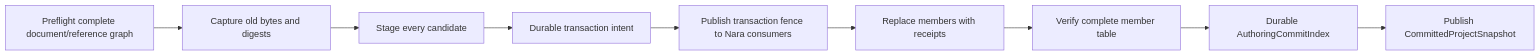
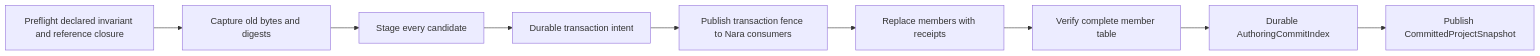
One commit to Latias94/nara changed the second of 2 diagrams in docs/architecture/adr/0091-editor-persistence-recovery-and-concurrent-writer-policy.md. Above: the diagram before and after it, drawn with Mermaid. The commit also changed other lines of this file and 39 other files, not shown here.

First line of the commit message:
docs(architecture): rebaseline foundation and extension design

````diff
--- a/docs/architecture/adr/0091-editor-persistence-recovery-and-concurrent-writer-policy.md
+++ b/docs/architecture/adr/0091-editor-persistence-recovery-and-concurrent-writer-policy.md
@@ -190,13 +236,13 @@
 ```mermaid
 flowchart LR
-    Preflight[Preflight complete document/reference graph]
+    Preflight[Preflight declared invariant and reference closure]
     Old[Capture old bytes and digests]
     Stage[Stage every candidate]
     Intent[Durable transaction intent]
     Fence[Publish transaction fence to Nara consumers]
     Replace[Replace members with receipts]
     Verify[Verify complete member table]
     Commit[Durable AuthoringCommitIndex]
     Publish[Publish CommittedProjectSnapshot]
     Preflight --> Old --> Stage --> Intent --> Fence --> Replace --> Verify --> Commit --> Publish
 ```
````
